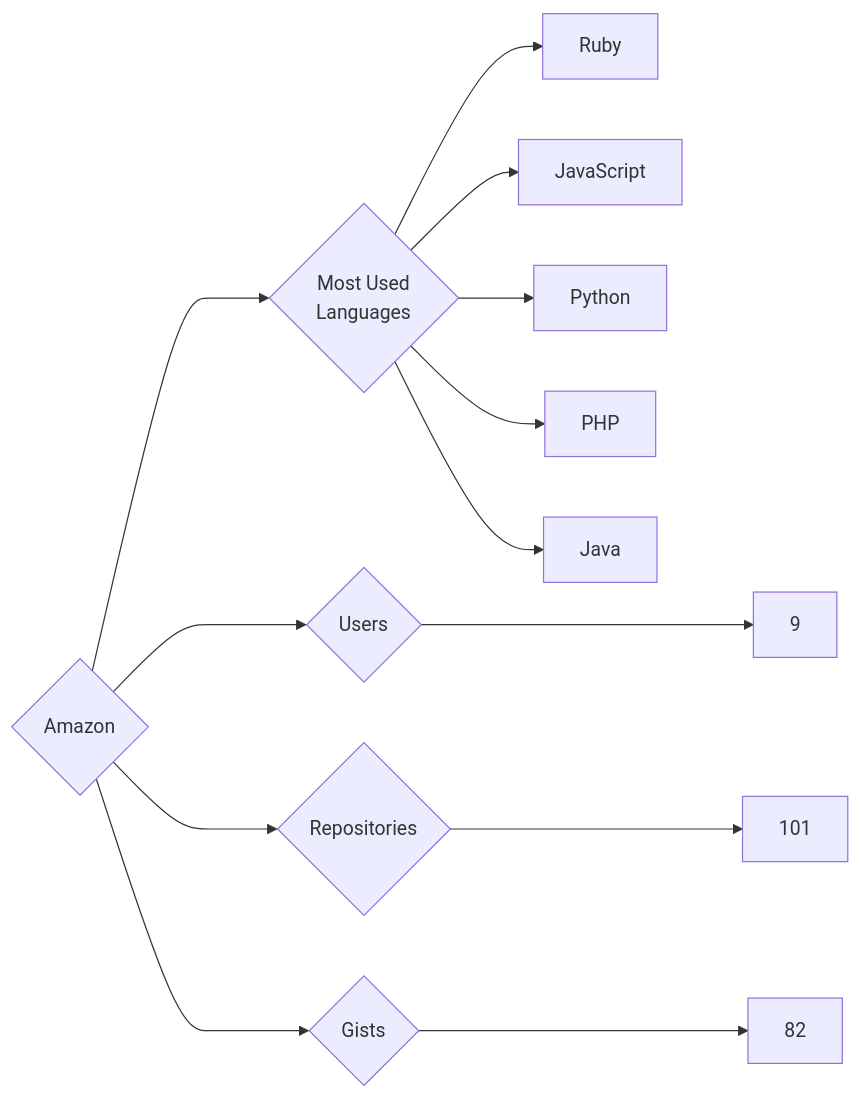
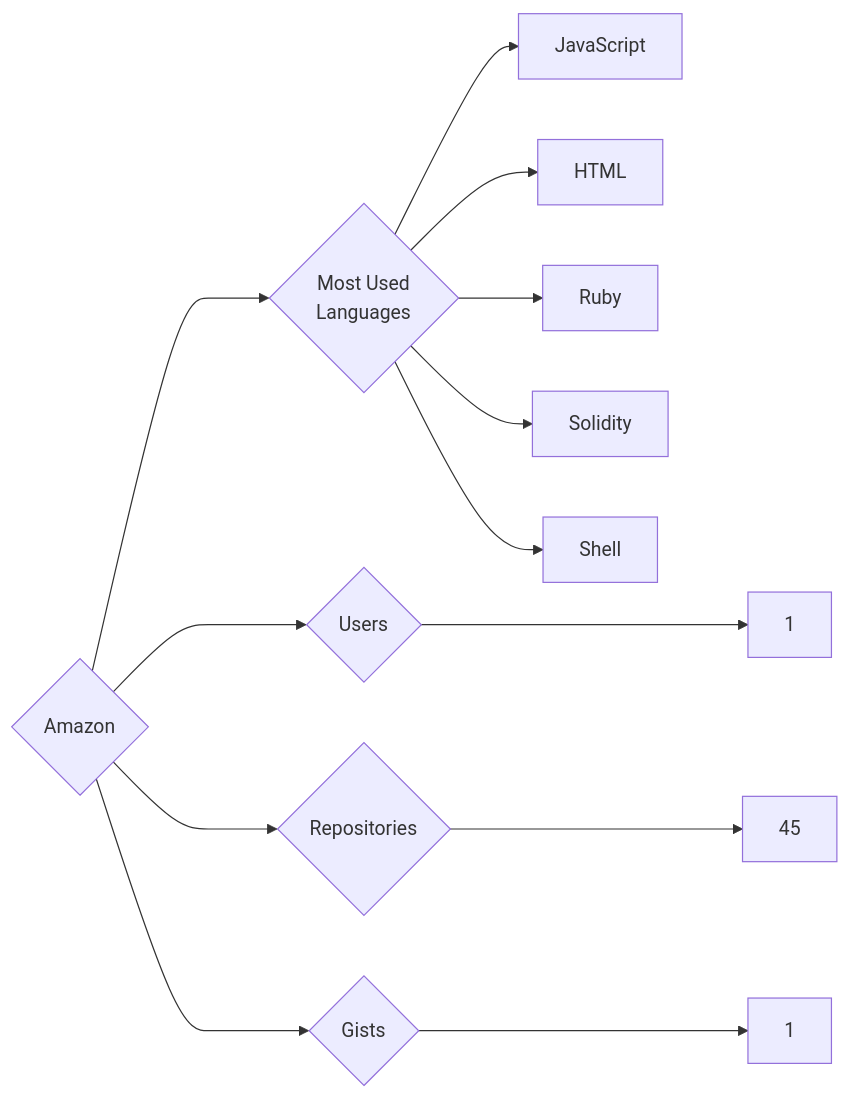
One commit to trickest/insiders changed the diagram in targets/Amazon/README.md. Above: the diagram before and after it, drawn with Mermaid. The commit also changed 786 other files, not shown here.

````diff
--- a/targets/Amazon/README.md
+++ b/targets/Amazon/README.md
@@ -3,13 +3,13 @@
 ```mermaid
 graph LR
 COMPANY_NAME{Amazon}
-COMPANY_NAME ---> U{Users} ---> UN[9]
-COMPANY_NAME ---> R{Repositories} ---> RN[101]
-COMPANY_NAME ---> G{Gists} ---> GN[82]
+COMPANY_NAME ---> U{Users} ---> UN[1]
+COMPANY_NAME ---> R{Repositories} ---> RN[45]
+COMPANY_NAME ---> G{Gists} ---> GN[1]
 COMPANY_NAME ---> ML{Most Used<br>Languages}
+ML --> JavaScript[JavaScript]
+ML --> HTML[HTML]
 ML --> Ruby[Ruby]
-ML --> JavaScript[JavaScript]
-ML --> Python[Python]
-ML --> PHP[PHP]
-ML --> Java[Java]
+ML --> Solidity[Solidity]
+ML --> Shell[Shell]
 ```
````
